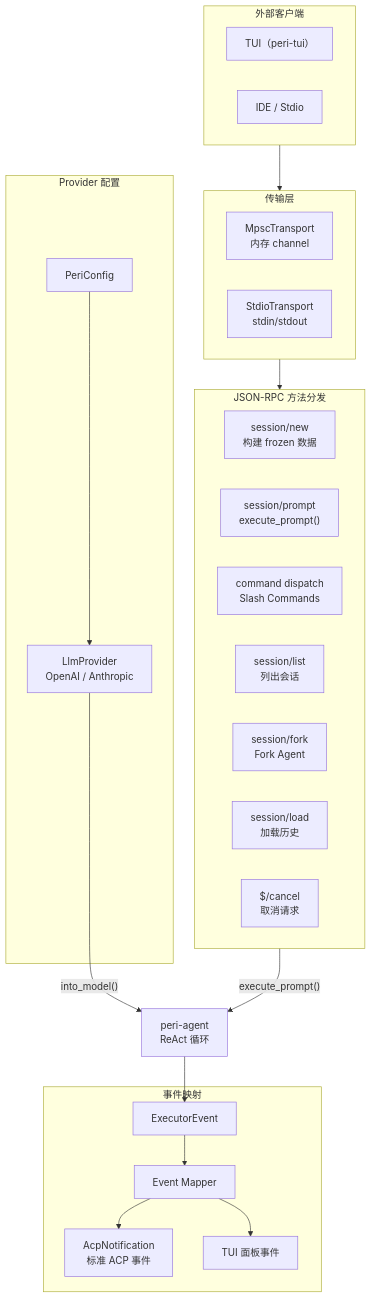
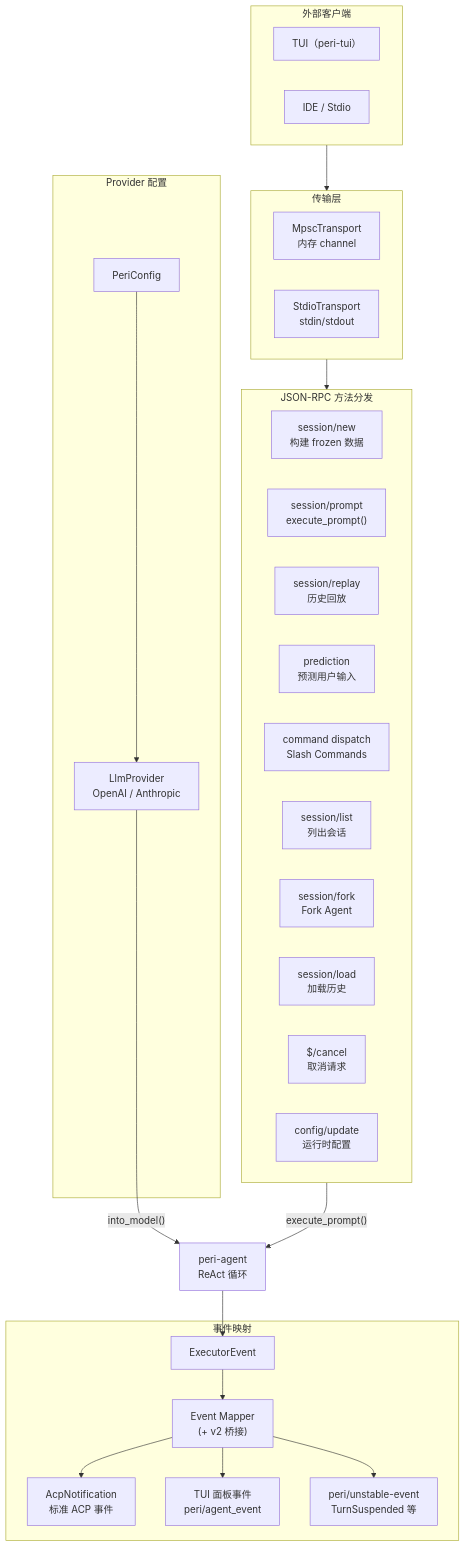
One commit to KonghaYao/peri changed the diagram in docs/design/peri-agent-acp-v2.md. Above: the diagram before and after it, drawn with Mermaid. The commit also changed other lines of this file and 22 other files, not shown here.

````diff
--- a/docs/design/peri-agent-acp-v2.md
+++ b/docs/design/peri-agent-acp-v2.md
@@ -17,44 +17,49 @@
 ```mermaid
 graph TB
     subgraph CLIENTS["外部客户端"]
         TUI["TUI（peri-tui）"]
         IDE["IDE / Stdio"]
     end
 
     subgraph TRANSPORT["传输层"]
         MPS["MpscTransport<br/>内存 channel"]
         STD["StdioTransport<br/>stdin/stdout"]
     end
 
     subgraph DISPATCH["JSON-RPC 方法分发"]
         S_NEW["session/new<br/>构建 frozen 数据"]
         S_PROMPT["session/prompt<br/>execute_prompt()"]
+        S_REPLAY["session/replay<br/>历史回放"]
+        S_PRED["prediction<br/>预测用户输入"]
         S_CMD["command dispatch<br/>Slash Commands"]
         S_LIST["session/list<br/>列出会话"]
         S_FORK["session/fork<br/>Fork Agent"]
         S_LOAD["session/load<br/>加载历史"]
         S_CANCEL["$/cancel<br/>取消请求"]
+        S_CFG["config/update<br/>运行时配置"]
     end
 
     subgraph EVENTS["事件映射"]
         EE["ExecutorEvent"]
-        MAPPER["Event Mapper"]
+        MAPPER["Event Mapper<br/>(+ v2 桥接)"]
         AC["AcpNotification<br/>标准 ACP 事件"]
-        TUI_EVT["TUI 面板事件"]
+        TUI_EVT["TUI 面板事件<br/>peri/agent_event"]
+        UNSTABLE["peri/unstable-event<br/>TurnSuspended 等"]
     end
 
     subgraph PROVIDER["Provider 配置"]
         PC["PeriConfig"]
         LP["LlmProvider<br/>OpenAI / Anthropic"]
     end
 
     CLIENTS --> TRANSPORT
     TRANSPORT --> DISPATCH
     DISPATCH -->|"execute_prompt()"| AGENT["peri-agent<br/>ReAct 循环"]
     AGENT --> EE
     EE --> MAPPER
     MAPPER --> AC
     MAPPER --> TUI_EVT
+    MAPPER --> UNSTABLE
     PC --> LP
     LP -->|"into_model()"| AGENT
 ```
````
